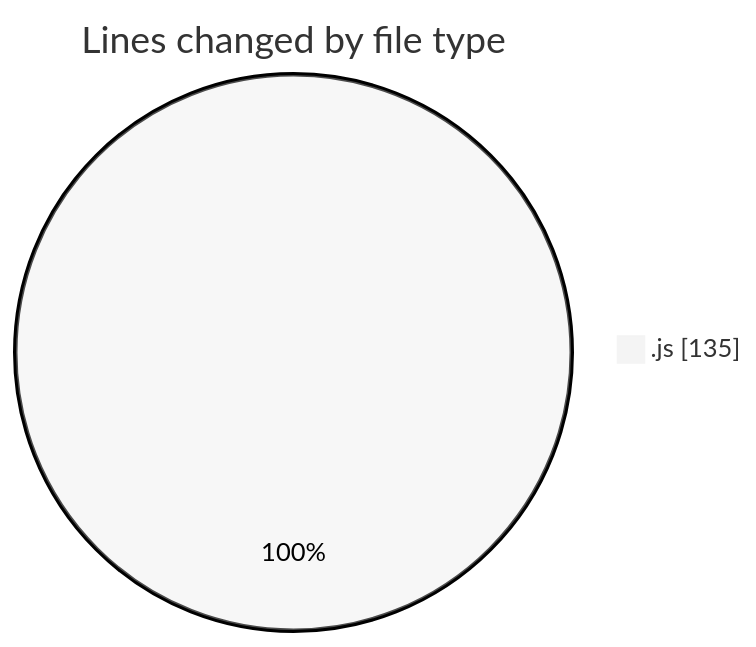
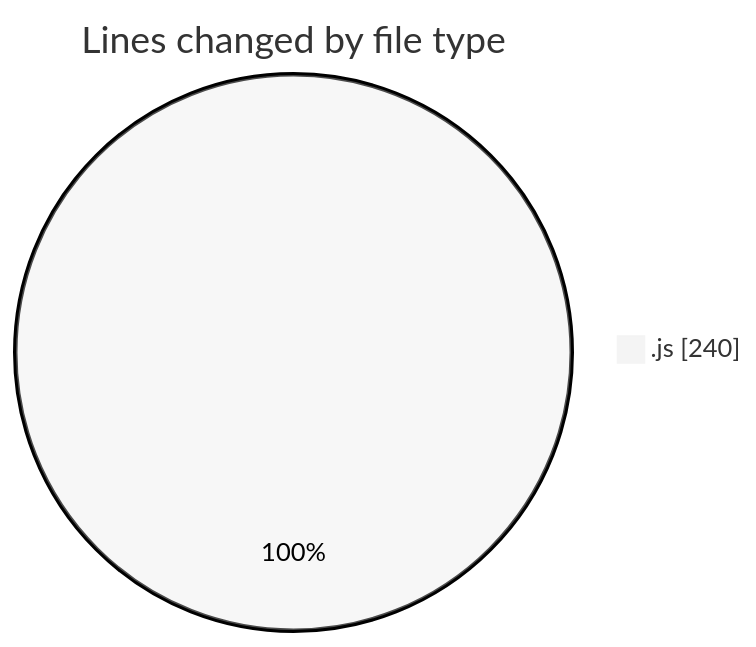
One commit to nxtqubesakshisongat/code-tracking changed the first of 2 diagrams in 2026-01-19/nxtqube_webapp/README.md. Above: the diagram before and after it, drawn with Mermaid (neutral theme). The commit also changed other lines of this file and 1 other file, not shown here.

````diff
--- a/2026-01-19/nxtqube_webapp/README.md
+++ b/2026-01-19/nxtqube_webapp/README.md
@@ -20,5 +21,5 @@
 ```mermaid
 pie showData
 title Lines changed by file type
-".js" : 135
+".js" : 240
 ```
````
